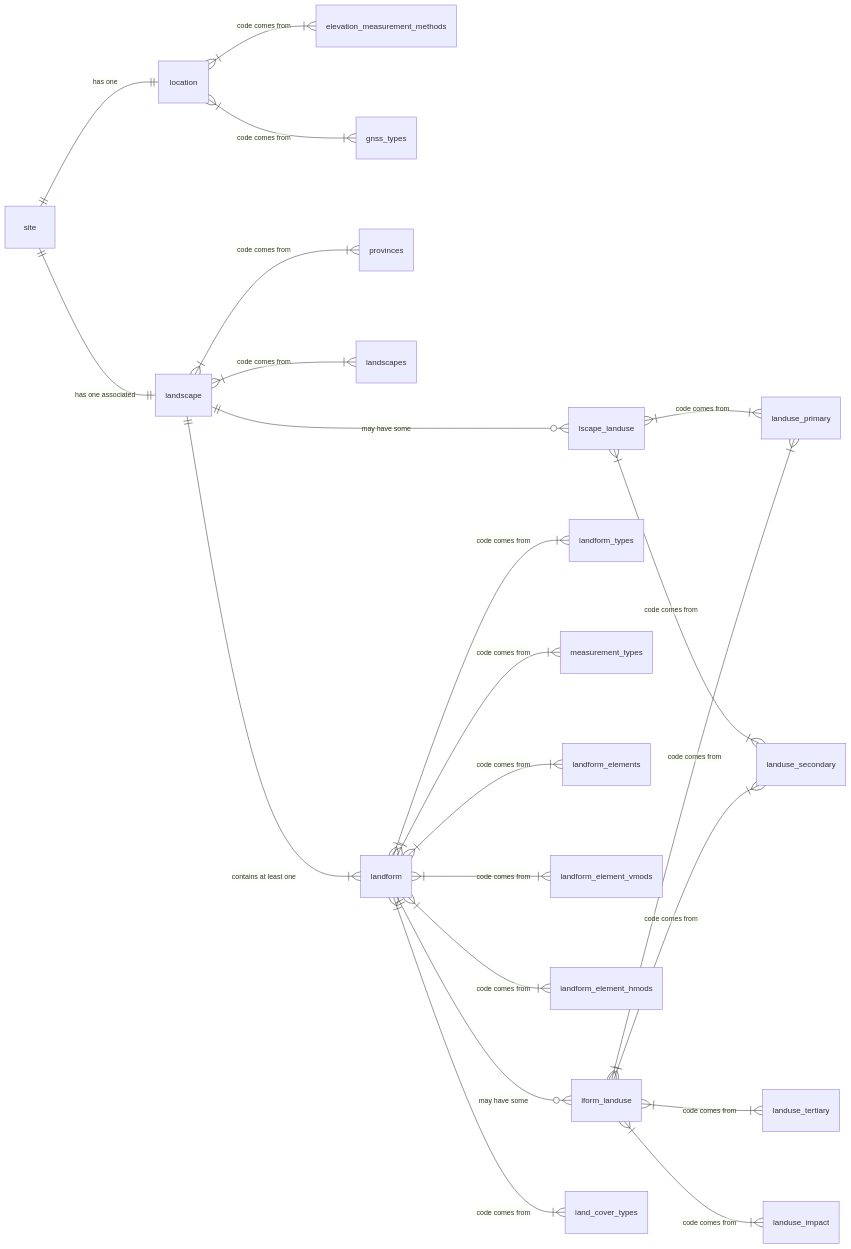
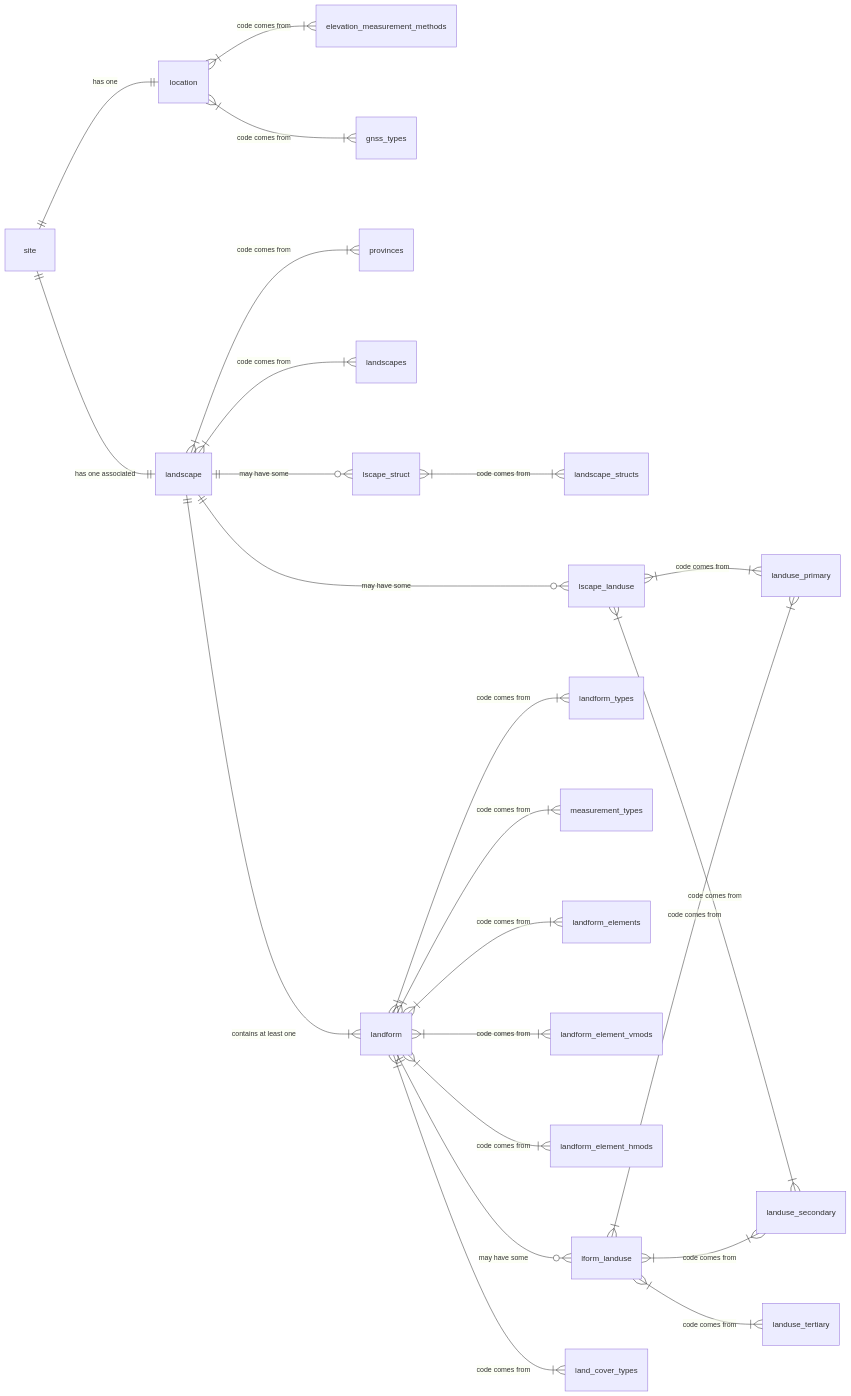
Before and after one commit to manaakiwhenua/NZ_soildesc_2024: the second of 27 diagrams in ap_03_database_design.qmd, drawn with Mermaid. The commit also changed other lines of this file, not shown here.

````diff
--- a/ap_03_database_design.qmd
+++ b/ap_03_database_design.qmd
@@ -55,29 +55,30 @@
 ```{mermaid}
 %%| label: fig-msettingo
 %%| fig-cap: "Setting - Overview"
 
 erDiagram
   direction LR
   site ||--|| location : "has one"
   location }|--|{ elevation_measurement_methods : "code comes from"
   location }|--|{ gnss_types : "code comes from"
   site ||--|| landscape : "has one associated"
   landscape }|--|{ provinces : "code comes from"
   landscape }|--|{ landscapes : "code comes from"
   landscape ||--|{ landform : "contains at least one"
+  landscape ||--o{ lscape_struct : "may have some"
+  lscape_struct }|--|{ landscape_structs : "code comes from"
   landscape ||--o{ lscape_landuse : "may have some"
   lscape_landuse }|--|{ landuse_primary : "code comes from"
   lscape_landuse }|--|{ landuse_secondary : "code comes from"
   landform }|--|{ landform_types : "code comes from"
   landform }|--|{ measurement_types : "code comes from"
   landform }|--|{ landform_elements : "code comes from"
   landform }|--|{ landform_element_vmods : "code comes from"
   landform }|--|{ landform_element_hmods : "code comes from"
   landform ||--o{ lform_landuse : "may have some"
   landform }|--|{ land_cover_types : "code comes from"
   lform_landuse }|--|{ landuse_primary : "code comes from"
   lform_landuse }|--|{ landuse_secondary : "code comes from"
   lform_landuse }|--|{ landuse_tertiary : "code comes from"
-  lform_landuse }|--|{ landuse_impact : "code comes from"
 
 ```
````
